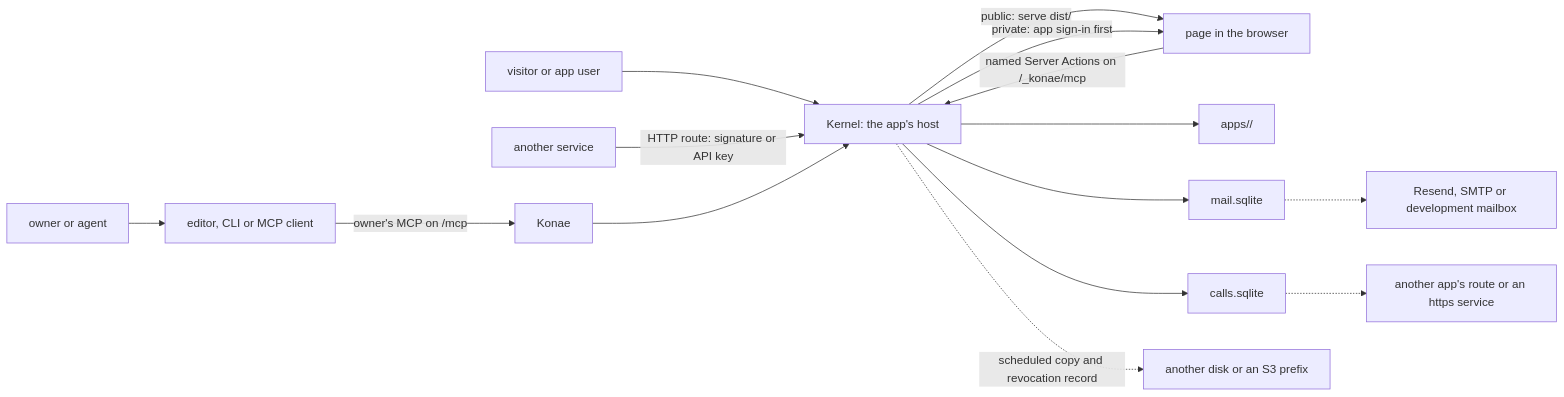
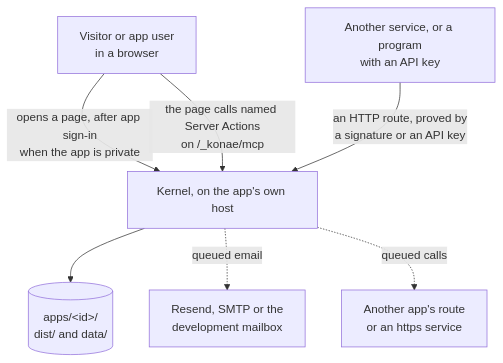
The third of 3 diagrams in docs/architecture.md (danibram/konae), drawn with Mermaid before and after one commit. The commit also changed other lines of this file and 44 other files, not shown here.

````diff
--- a/docs/architecture.md
+++ b/docs/architecture.md
@@ -167,13 +198,12 @@
 ```mermaid
-flowchart LR
-  V["visitor or app user"] --> K["Kernel: the app's host"]
-  SV["another service"] -->|"HTTP route: signature or API key"| K
-  K -->|"public: serve dist/"| B["page in the browser"]
-  K -->|"private: app sign-in first"| B
-  B -->|"named Server Actions on /_konae/mcp"| K
-  K --> AF["apps/<id>/"]
-  K --> MQ["mail.sqlite"] -.-> MP["Resend, SMTP or development mailbox"]
-  K --> CQ["calls.sqlite"] -.-> OS["another app's route or an https service"]
-  K -.->|"scheduled copy and revocation record"| CP["another disk or an S3 prefix"]
-  O["owner or agent"] --> E["editor, CLI or MCP client"] -->|"owner's MCP on /mcp"| KO["Konae"] --> K
+flowchart TB
+  V["Visitor or app user<br/>in a browser"]
+  SV["Another service, or a program<br/>with an API key"]
+  K["Kernel, on the app's own host"]
+  V -->|"opens a page, after app sign-in<br/>when the app is private"| K
+  V -->|"the page calls named Server Actions<br/>on /_konae/mcp"| K
+  SV -->|"an HTTP route, proved by<br/>a signature or an API key"| K
+  K --> AF[("apps/#lt;id#gt;/<br/>dist/ and data/")]
+  K -.->|"queued email"| MP["Resend, SMTP or the<br/>development mailbox"]
+  K -.->|"queued calls"| OS["Another app's route<br/>or an https service"]
 ```
````
